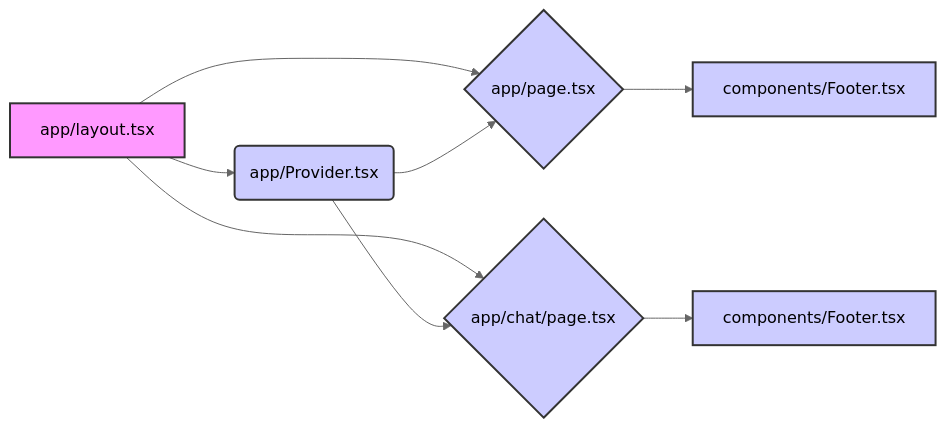
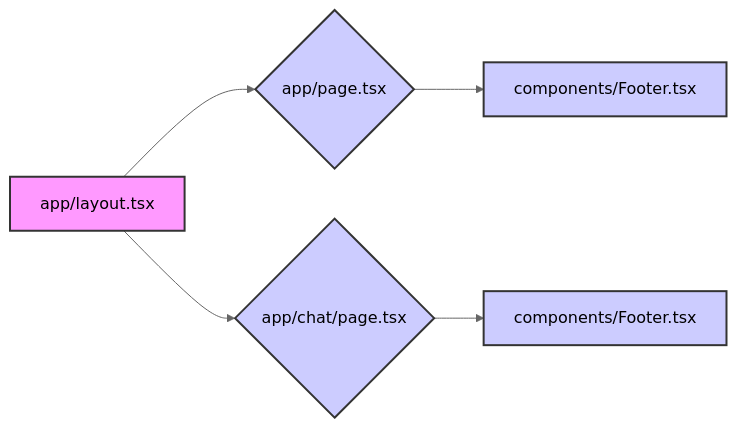
One commit to sreecharan-desu/schat changed the second of 4 diagrams in README.md. Above: the diagram before and after it, drawn with Mermaid (neutral theme). The commit also changed other lines of this file and 5 other files, not shown here.

````diff
--- a/README.md
+++ b/README.md
@@ -73,16 +72,12 @@
 ```mermaid
 graph LR
-    A[app/layout.tsx] --> B(app/Provider.tsx)
-    A --> C{app/page.tsx}
+    A[app/layout.tsx] --> C{app/page.tsx}
     A --> D{app/chat/page.tsx}
     C --> E[components/Footer.tsx]
     D --> F[components/Footer.tsx]
-    B --> C
-    B --> D
     style A fill:#f9f,stroke:#333,stroke-width:2px
-    style B fill:#ccf,stroke:#333,stroke-width:2px
     style C fill:#ccf,stroke:#333,stroke-width:2px
     style D fill:#ccf,stroke:#333,stroke-width:2px
     style E fill:#ccf,stroke:#333,stroke-width:2px
     style F fill:#ccf,stroke:#333,stroke-width:2px
 ```
````
